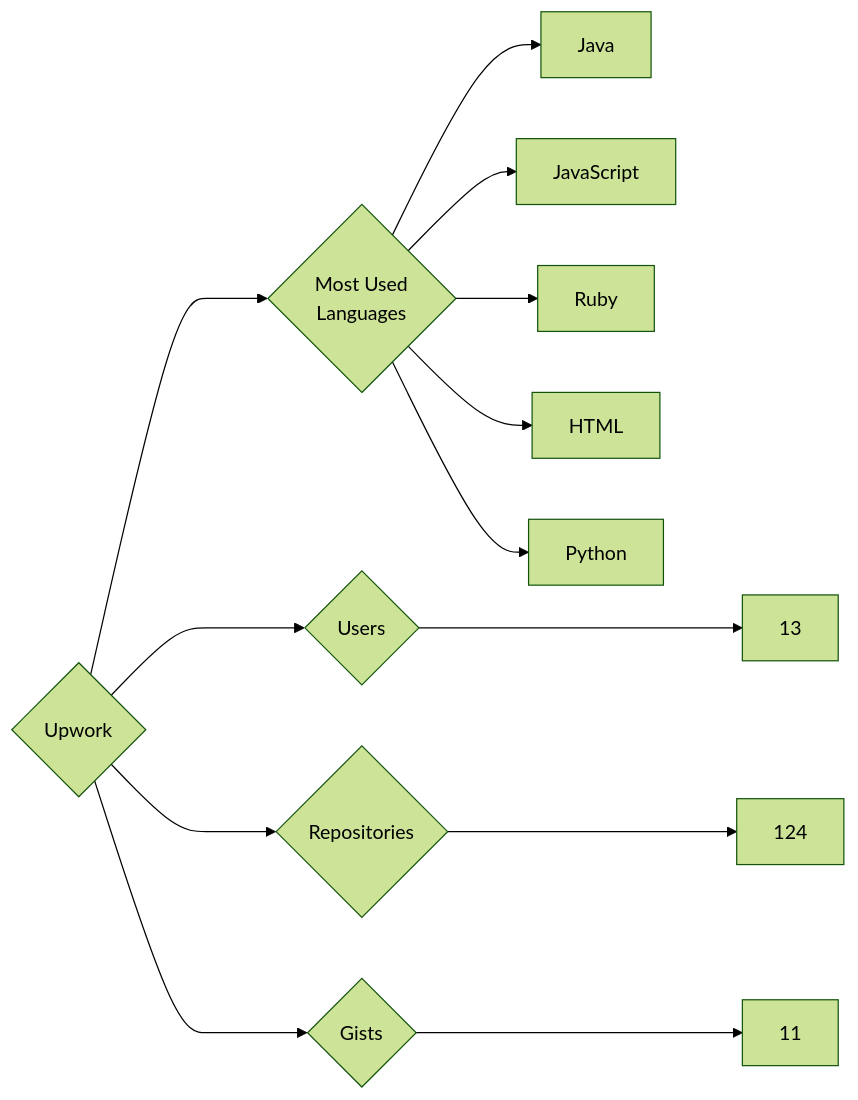
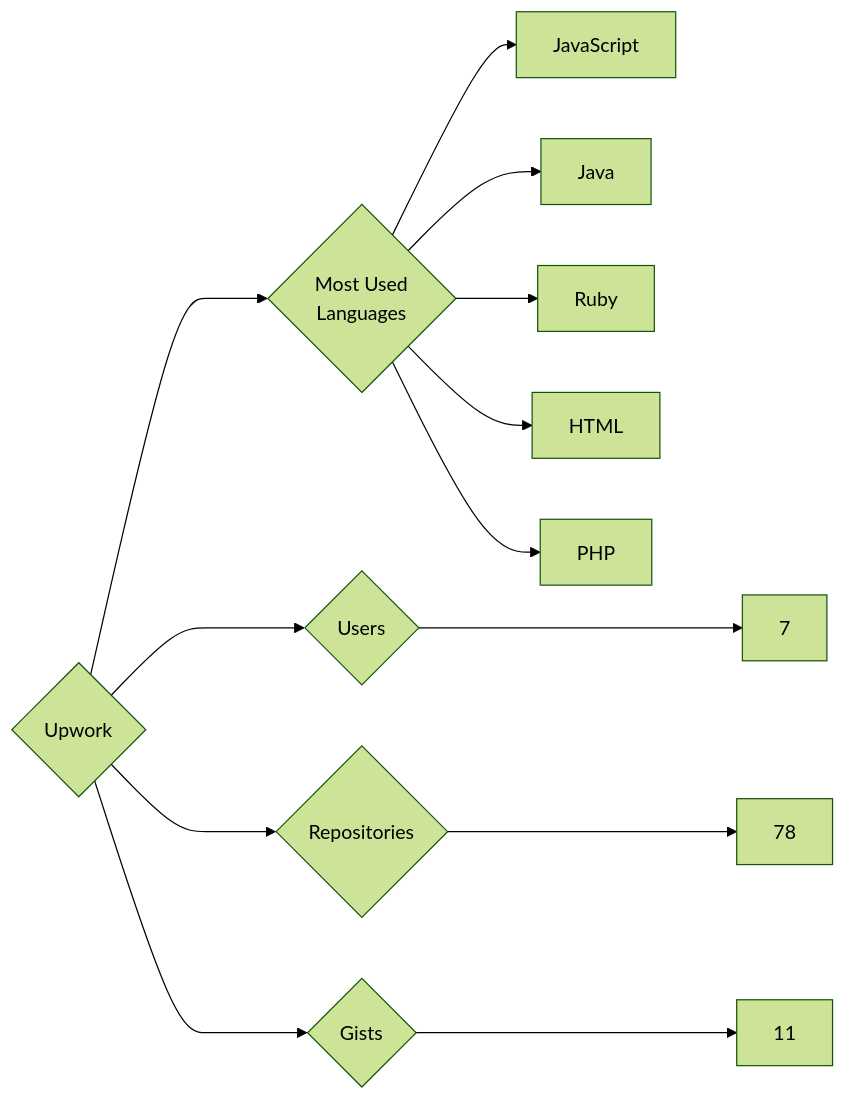
The diagram in targets/Upwork/README.md (trickest/insiders), drawn with Mermaid (forest theme) before and after one commit. The commit also changed 1248 other files, not shown here.

````diff
--- a/targets/Upwork/README.md
+++ b/targets/Upwork/README.md
@@ -3,13 +3,13 @@
 ```mermaid
 graph LR
 COMPANY_NAME{Upwork}
-COMPANY_NAME ---> U{Users} ---> UN[13]
-COMPANY_NAME ---> R{Repositories} ---> RN[124]
+COMPANY_NAME ---> U{Users} ---> UN[7]
+COMPANY_NAME ---> R{Repositories} ---> RN[78]
 COMPANY_NAME ---> G{Gists} ---> GN[11]
 COMPANY_NAME ---> ML{Most Used<br>Languages}
+ML --> JavaScript[JavaScript]
 ML --> Java[Java]
-ML --> JavaScript[JavaScript]
 ML --> Ruby[Ruby]
 ML --> HTML[HTML]
-ML --> Python[Python]
+ML --> PHP[PHP]
 ```
````
